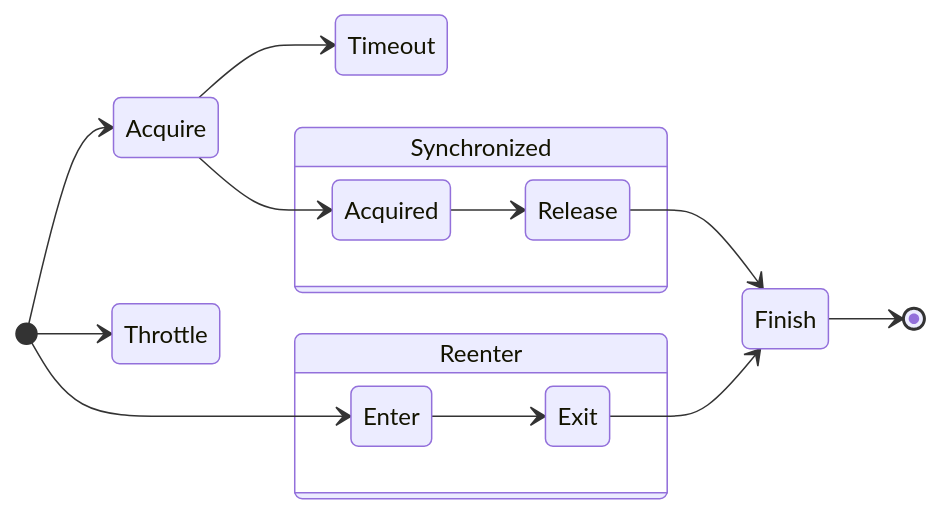
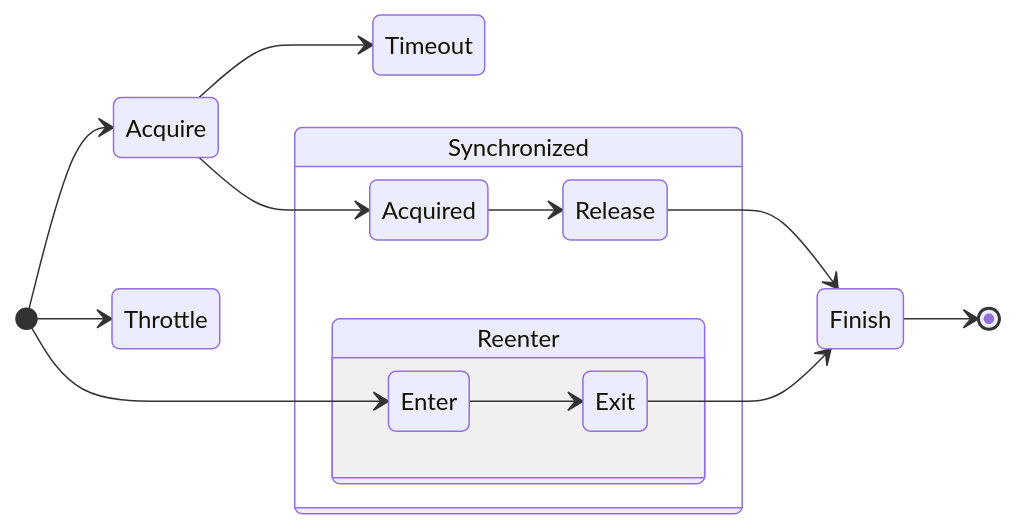
The diagram in README.md (tomohisaota/ya-syn), drawn with Mermaid before and after one commit.

````diff
--- a/README.md
+++ b/README.md
@@ -12,20 +12,20 @@
 ```mermaid
 
 stateDiagram-v2
     direction LR
     [*] --> Acquire
     [*] --> Throttle
     Acquire --> Timeout
     Acquire --> Acquired
     state Synchronized {
         Acquired --> Release
+        state Reenter {
+            direction LR
+            Enter --> Exit
+        }
     }
     Release --> Finish
     [*] --> Enter
-    state Reenter {
-        direction LR
-        Enter --> Exit
-    }
     Exit --> Finish
     Finish --> [*]
 ```
````
